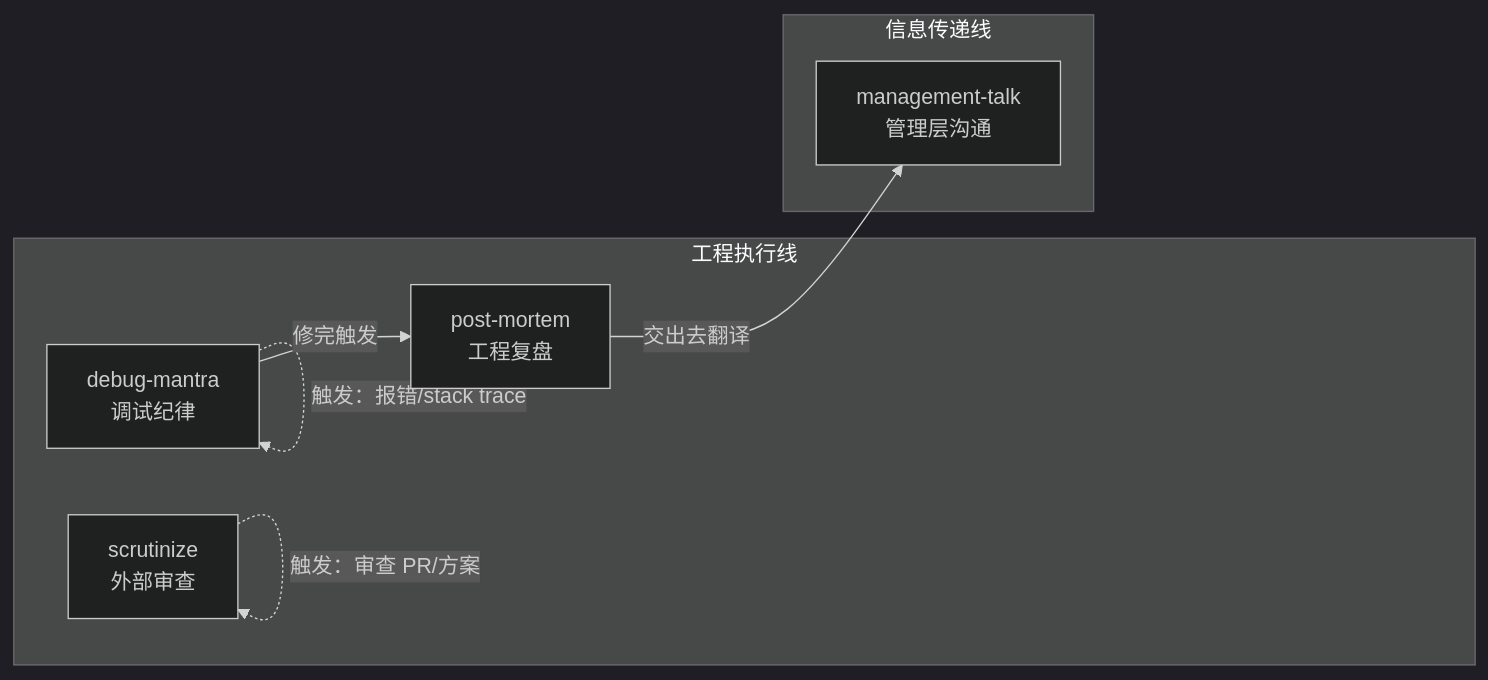
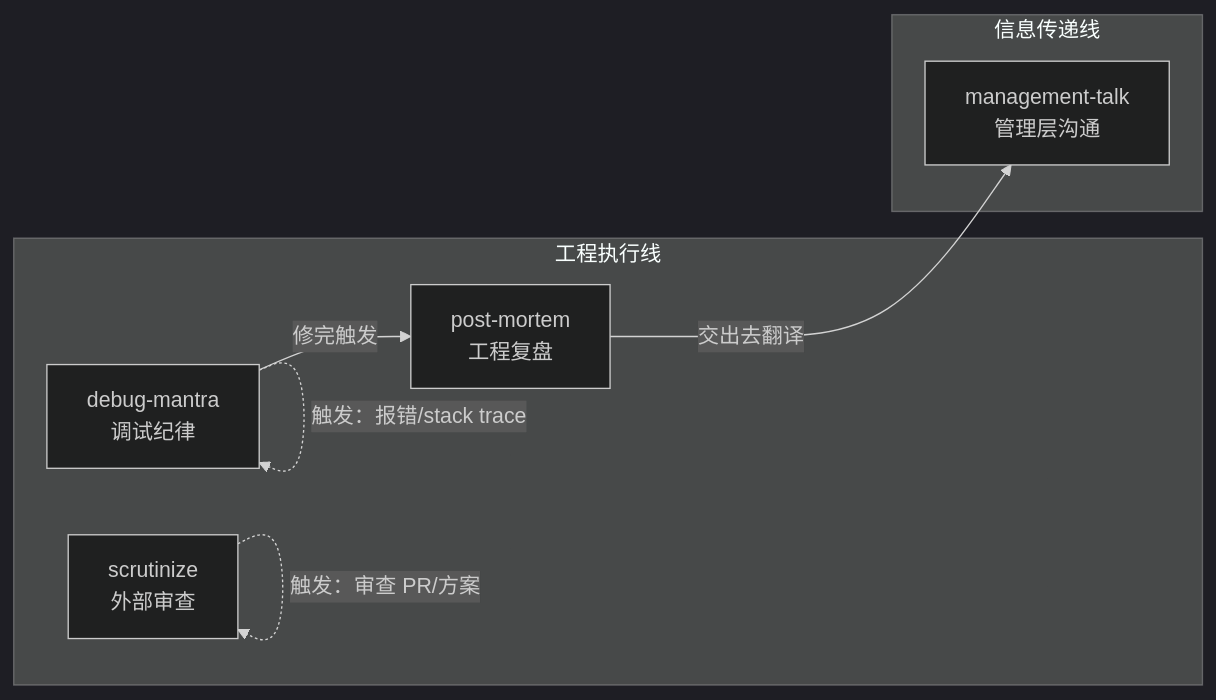
The diagram in content/posts/tech/9arm-skills-claude-code-agent-skills-guide.md (A1pha3/text-matrix), drawn with Mermaid (dark theme) before and after one commit. The commit also changed other lines of this file and 53 other files, not shown here.

````diff
--- a/content/posts/tech/9arm-skills-claude-code-agent-skills-guide.md
+++ b/content/posts/tech/9arm-skills-claude-code-agent-skills-guide.md
@@ -33,12 +34,12 @@
 ```mermaid
 graph LR
     subgraph 工程执行线
         D[debug-mantra<br/>调试纪律] -->|修完触发| P[post-mortem<br/>工程复盘]
         S[scrutinize<br/>外部审查]
     end
     subgraph 信息传递线
         P -->|交出去翻译| M[management-talk<br/>管理层沟通]
     end
-    D -..->|"触发：报错/stack trace"| D
-    S -..->|"触发：审查 PR/方案"| S
+    D -.->|"触发：报错/stack trace"| D
+    S -.->|"触发：审查 PR/方案"| S
 ```
````
